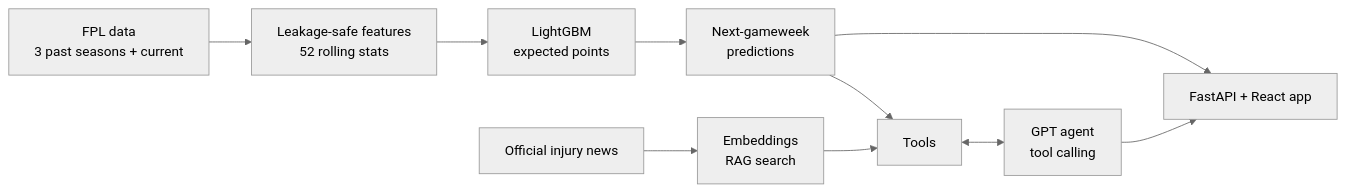
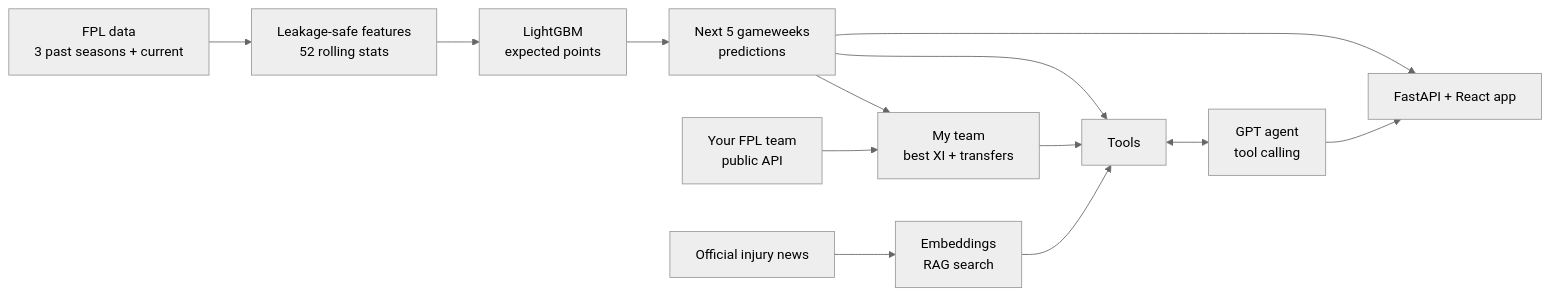
One commit to axel-lindberg/scout-iq changed the diagram in README.md. Above: the diagram before and after it, drawn with Mermaid (neutral theme). The commit also changed other lines of this file and 4 other files, not shown here.

First line of the commit message:
Document multi-gameweek predictions and My team in the README

````diff
--- a/README.md
+++ b/README.md
@@ -30,12 +30,15 @@
 ```mermaid
 flowchart LR
     A[FPL data<br/>3 past seasons + current] --> B[Leakage-safe features<br/>52 rolling stats]
     B --> C[LightGBM<br/>expected points]
-    C --> D[Next-gameweek<br/>predictions]
+    C --> D[Next 5 gameweeks<br/>predictions]
+    D --> M[My team<br/>best XI + transfers]
+    F[Your FPL team<br/>public API] --> M
+    M --> T
     N[Official injury news] --> E[Embeddings<br/>RAG search]
     D --> T[Tools]
     E --> T
     T <--> G[GPT agent<br/>tool calling]
     G --> W[FastAPI + React app]
     D --> W
 ```
````
